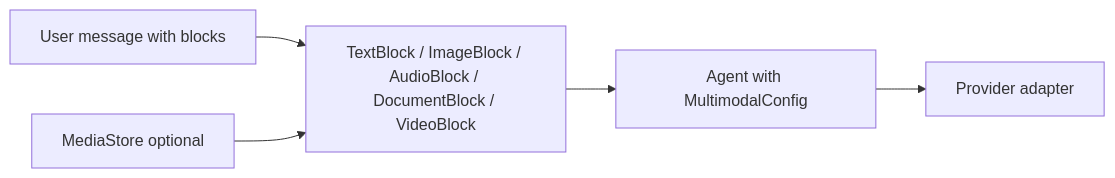
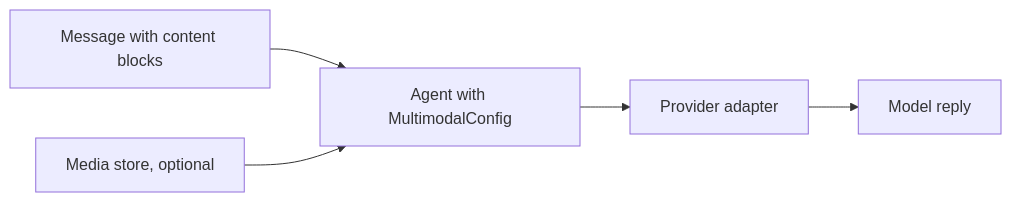
Before and after one commit to 10xHub/agentflow-docs: the diagram in src/content/docs/examples/multimodal.md, drawn with Mermaid. The commit also changed other lines of this file and 130 other files, not shown here.

````diff
--- a/src/content/docs/examples/multimodal.md
+++ b/src/content/docs/examples/multimodal.md
@@ -37,7 +35,7 @@
 ```mermaid
 flowchart LR
-    A[User message with blocks] --> B[TextBlock / ImageBlock / AudioBlock / DocumentBlock / VideoBlock]
-    B --> C[Agent with MultimodalConfig]
-    C --> D[Provider adapter]
-    E[MediaStore optional] --> B
+    A[Message with content blocks] --> B[Agent with MultimodalConfig]
+    M[Media store, optional] --> B
+    B --> C[Provider adapter]
+    C --> D[Model reply]
 ```
````
